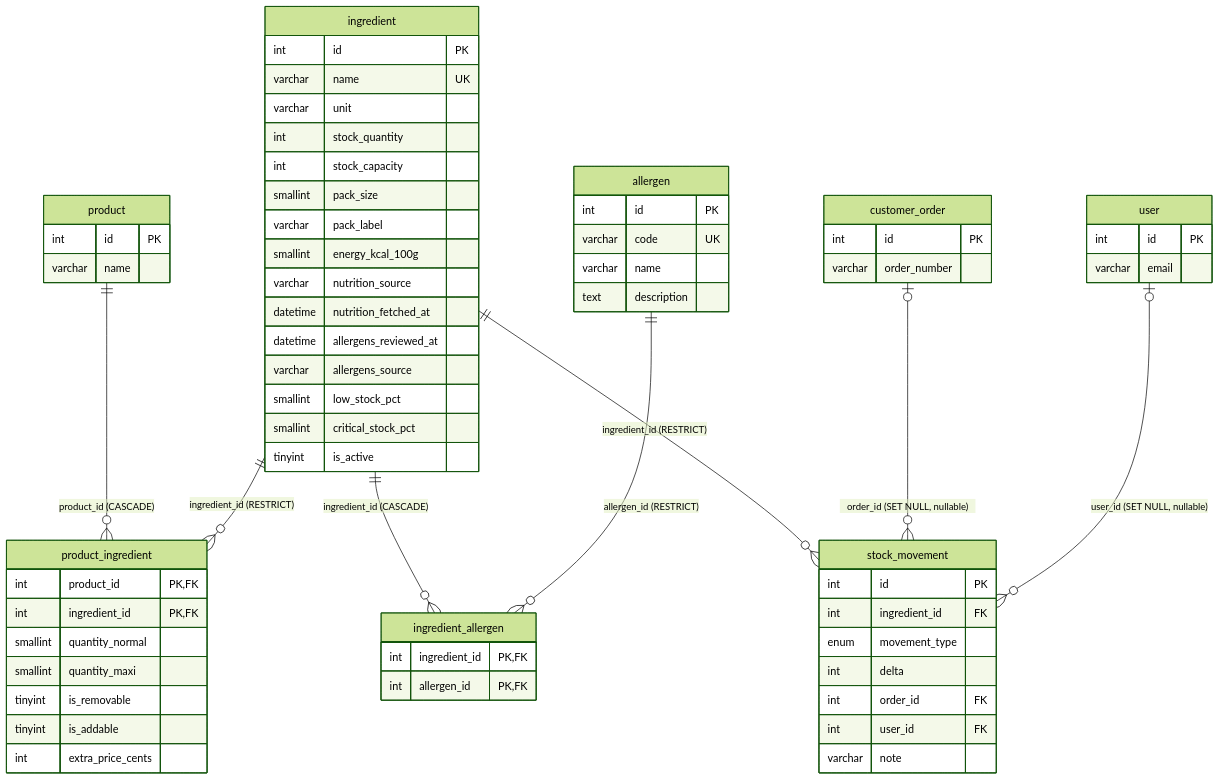
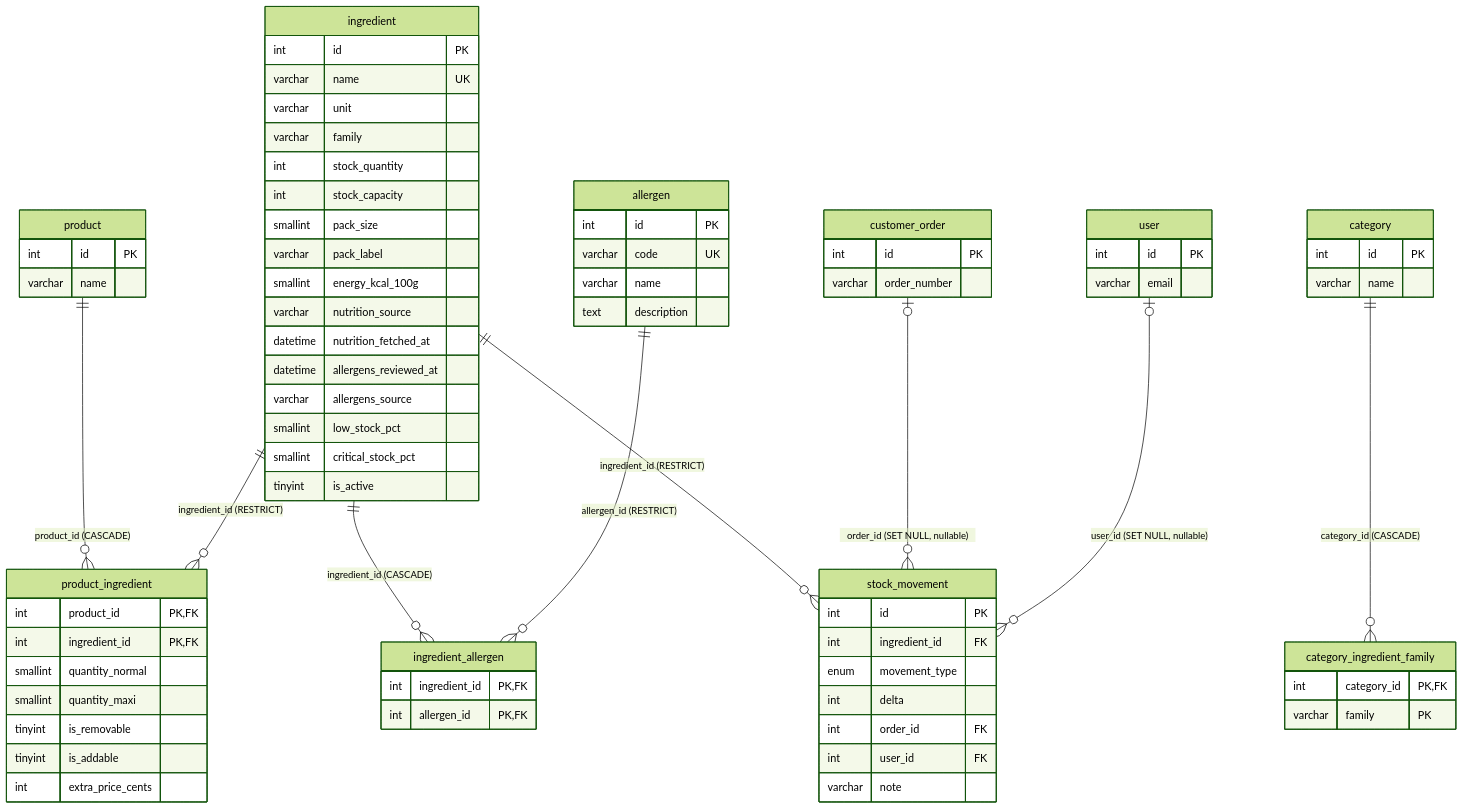
Before and after one commit to AcadeNice/wakdo_corentin: the second of 4 diagrams in docs/merise/mld.md, drawn with Mermaid (forest theme). The commit also changed other lines of this file and 30 other files, not shown here.

First line of the commit message:
feat: classify ingredients by family and filter the recipe picker by product category

````diff
--- a/docs/merise/mld.md
+++ b/docs/merise/mld.md
@@ -178,68 +178,78 @@
 ```mermaid
 erDiagram
     ingredient {
         int id PK
         varchar name UK
         varchar unit
+        varchar family
         int stock_quantity
         int stock_capacity
         smallint pack_size
         varchar pack_label
         smallint energy_kcal_100g
         varchar nutrition_source
         datetime nutrition_fetched_at
         datetime allergens_reviewed_at
         varchar allergens_source
         smallint low_stock_pct
         smallint critical_stock_pct
         tinyint is_active
     }
     product_ingredient {
         int product_id PK,FK
         int ingredient_id PK,FK
         smallint quantity_normal
         smallint quantity_maxi
         tinyint is_removable
         tinyint is_addable
         int extra_price_cents
     }
     allergen {
         int id PK
         varchar code UK
         varchar name
         text description
     }
     ingredient_allergen {
         int ingredient_id PK,FK
         int allergen_id PK,FK
     }
+    category_ingredient_family {
+        int category_id PK,FK
+        varchar family PK
+    }
+    category {
+        int id PK
+        varchar name
+    }
     stock_movement {
         int id PK
         int ingredient_id FK
         enum movement_type
         int delta
         int order_id FK
         int user_id FK
         varchar note
     }
     product {
         int id PK
         varchar name
     }
     customer_order {
         int id PK
         varchar order_number
     }
     user {
         int id PK
         varchar email
     }
 
     product ||--o{ product_ingredient : "product_id (CASCADE)"
     ingredient ||--o{ product_ingredient : "ingredient_id (RESTRICT)"
     ingredient ||--o{ ingredient_allergen : "ingredient_id (CASCADE)"
     allergen ||--o{ ingredient_allergen : "allergen_id (RESTRICT)"
     ingredient ||--o{ stock_movement : "ingredient_id (RESTRICT)"
+    category ||--o{ category_ingredient_family : "category_id (CASCADE)"
     customer_order |o--o{ stock_movement : "order_id (SET NULL, nullable)"
     user |o--o{ stock_movement : "user_id (SET NULL, nullable)"
 ```
````
